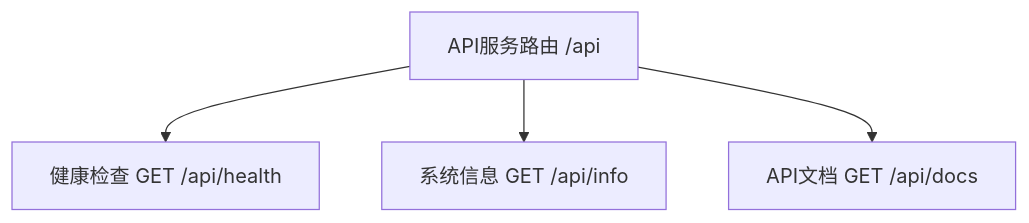
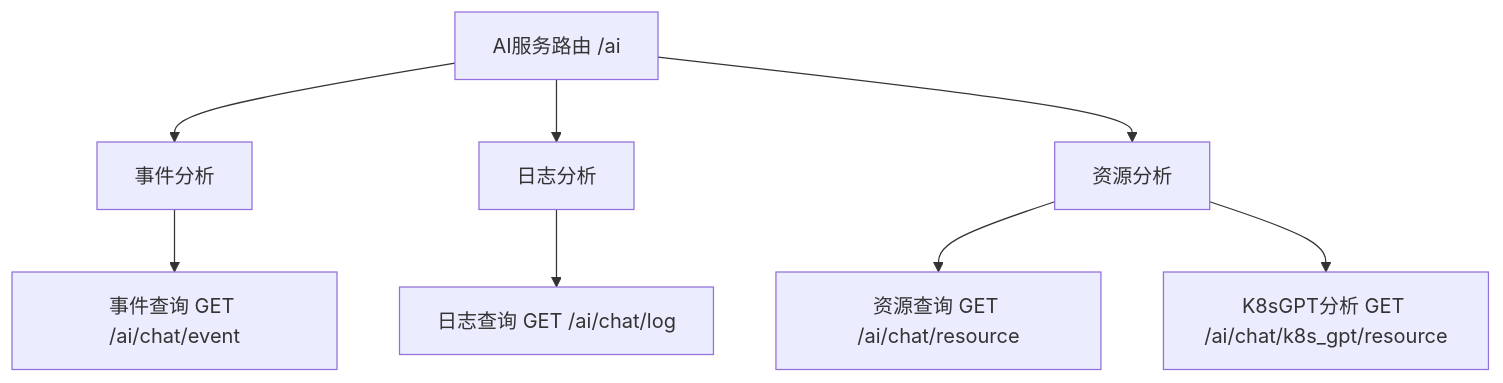
Before and after one commit to weibaohui/k8m: the fourth of 7 diagrams in docs/route_structure.md, drawn with Mermaid. The commit also changed other lines of this file, not shown here.

````diff
--- a/docs/route_structure.md
+++ b/docs/route_structure.md
@@ -27,8 +40,11 @@
 ```mermaid
 graph TD
-    C[API服务路由 /api] --> C1[健康检查 GET /api/health]
-    C --> C2[系统信息 GET /api/info]
-    C --> C3[API文档 GET /api/docs]
+    G[AI服务路由 /ai] --> G1[事件分析]
+    G --> G2[日志分析]
+    G --> G3[资源分析]
 
-    
+    G1 --> G1_1[事件查询 GET /ai/chat/event]
+    G2 --> G2_1[日志查询 GET /ai/chat/log]
+    G3 --> G3_1[资源查询 GET /ai/chat/resource]
+    G3 --> G3_2[K8sGPT分析 GET /ai/chat/k8s_gpt/resource]
 ```
````
